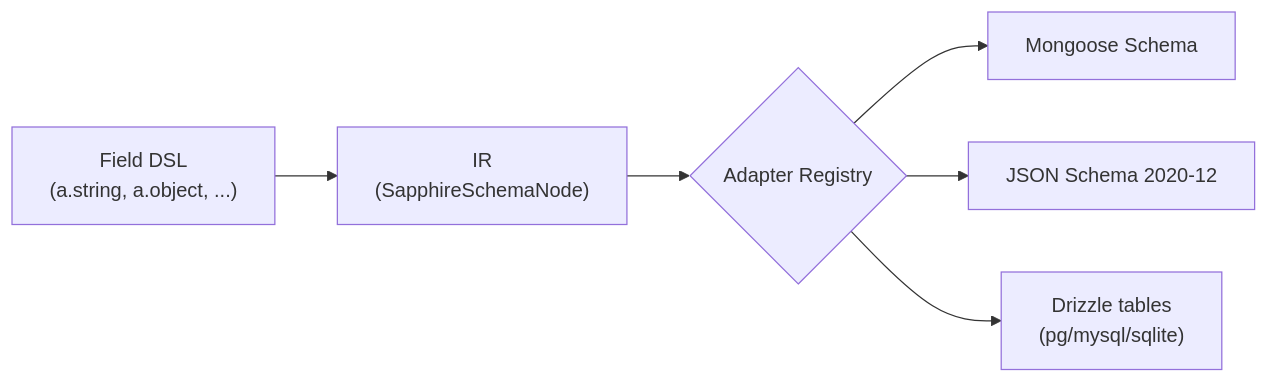
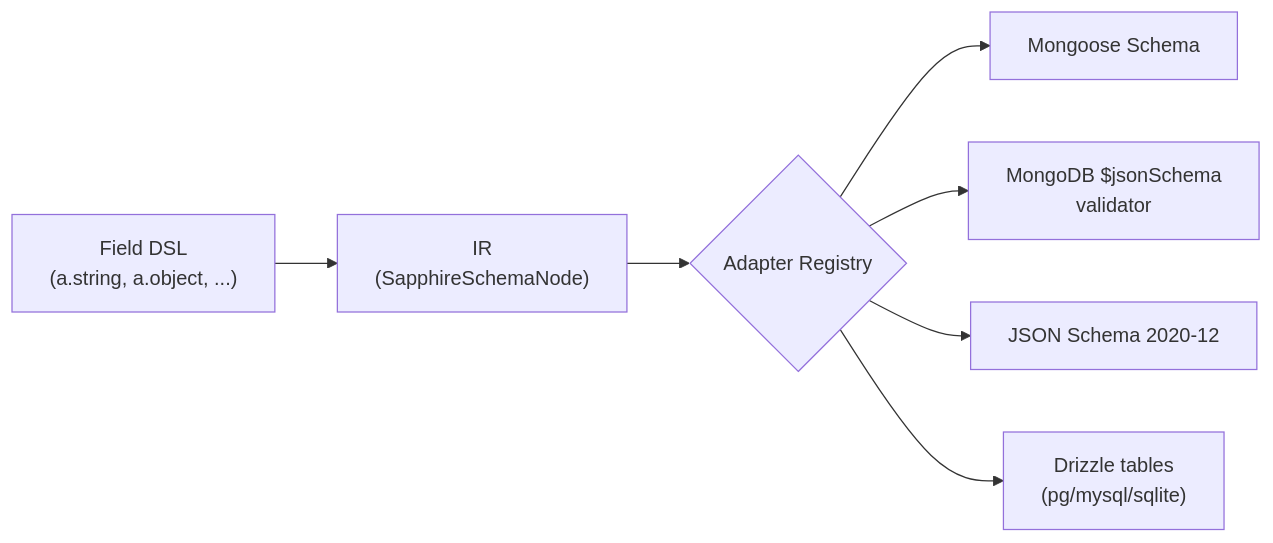
One commit to Ascendance-Hub/Sapphire changed the diagram in docs/meta/architecture.md. Above: the diagram before and after it, drawn with Mermaid. The commit also changed other lines of this file and 4 other files, not shown here.

````diff
--- a/docs/meta/architecture.md
+++ b/docs/meta/architecture.md
@@ -7,8 +7,9 @@
 ```mermaid
 flowchart LR
     A["Field DSL<br/>(a.string, a.object, ...)"] --> B["IR<br/>(SapphireSchemaNode)"]
     B --> C{Adapter Registry}
     C --> D["Mongoose Schema"]
+    C --> G["MongoDB $jsonSchema<br/>validator"]
     C --> E["JSON Schema 2020-12"]
     C --> F["Drizzle tables<br/>(pg/mysql/sqlite)"]
 ```
````
